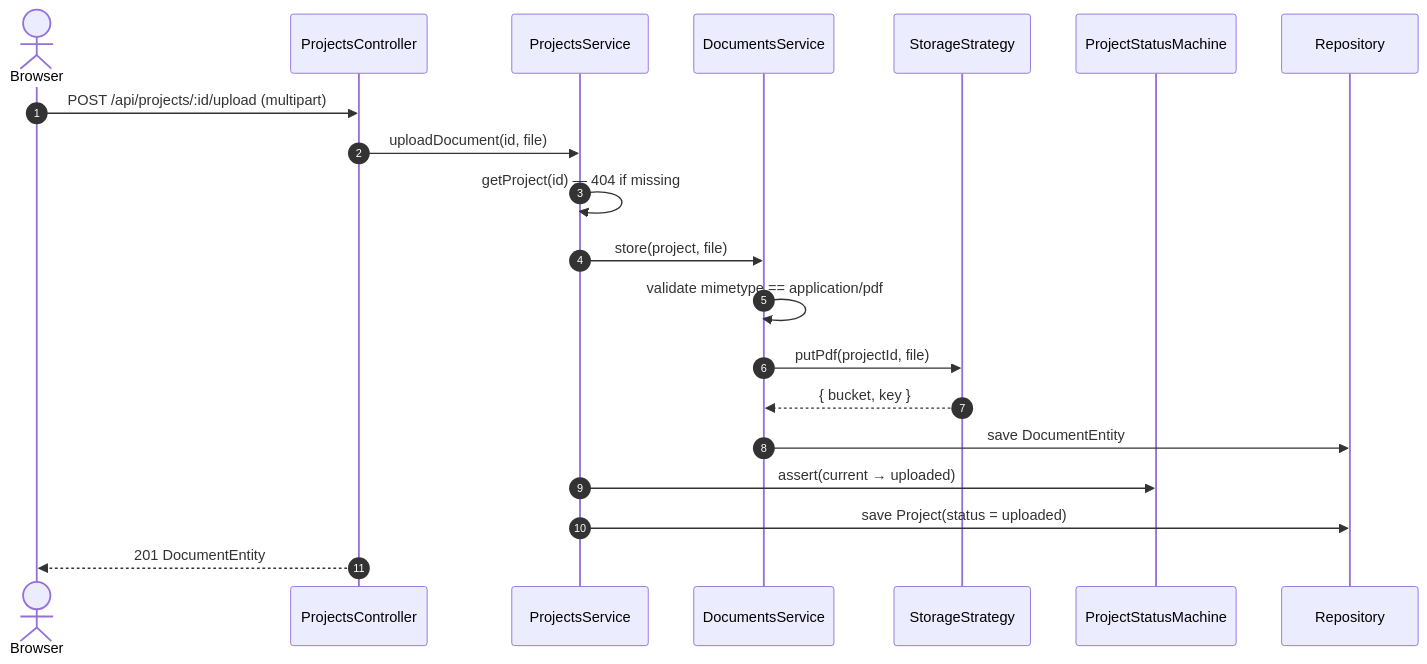
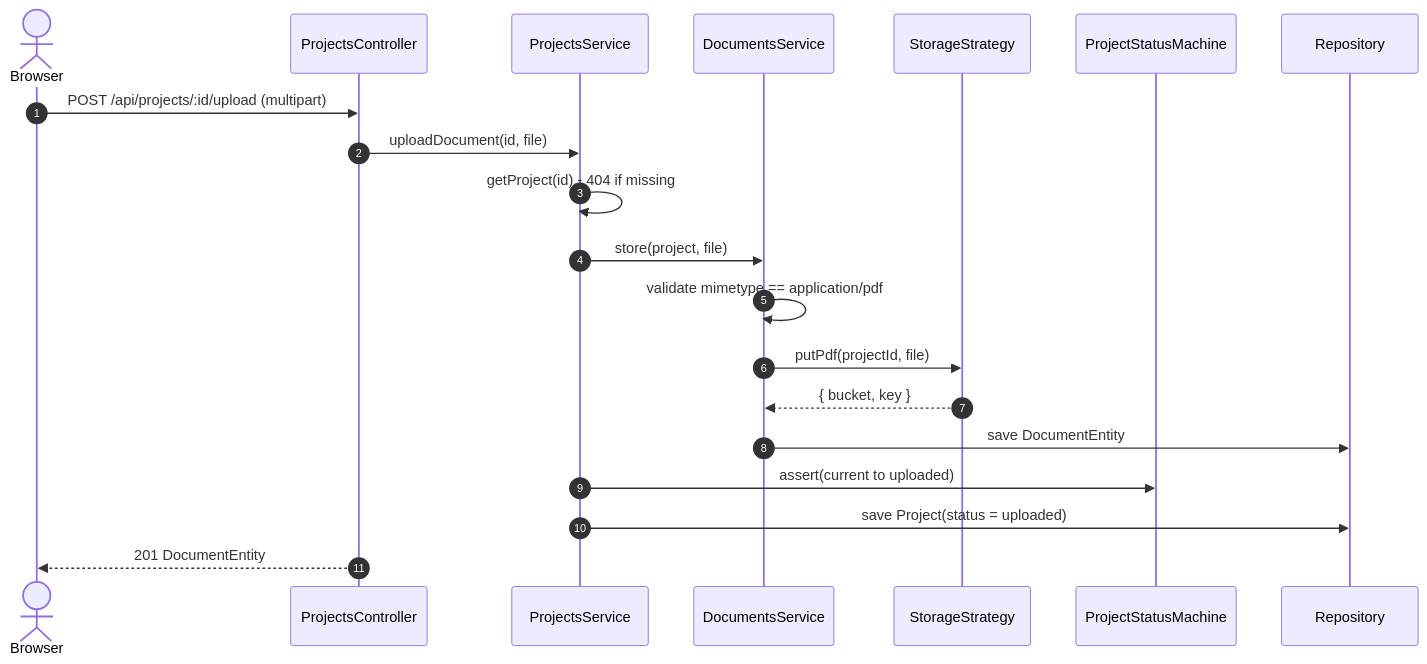
Before and after one commit to cubito1080/orcherstrator_wholeFoods: the fifth of 11 diagrams in docs/ARCHITECTURE.md, drawn with Mermaid. The commit also changed other lines of this file and 9 other files, not shown here.

````diff
--- a/docs/ARCHITECTURE.md
+++ b/docs/ARCHITECTURE.md
@@ -212,23 +212,23 @@
 ```mermaid
 sequenceDiagram
     autonumber
     actor U as Browser
     participant C as ProjectsController
     participant P as ProjectsService
     participant D as DocumentsService
     participant S as StorageStrategy
     participant SM as ProjectStatusMachine
     participant DB as Repository
 
     U->>C: POST /api/projects/:id/upload (multipart)
     C->>P: uploadDocument(id, file)
-    P->>P: getProject(id) — 404 if missing
+    P->>P: getProject(id) - 404 if missing
     P->>D: store(project, file)
     D->>D: validate mimetype == application/pdf
     D->>S: putPdf(projectId, file)
     S-->>D: { bucket, key }
     D->>DB: save DocumentEntity
-    P->>SM: assert(current → uploaded)
+    P->>SM: assert(current to uploaded)
     P->>DB: save Project(status = uploaded)
     C-->>U: 201 DocumentEntity
 ```
````
